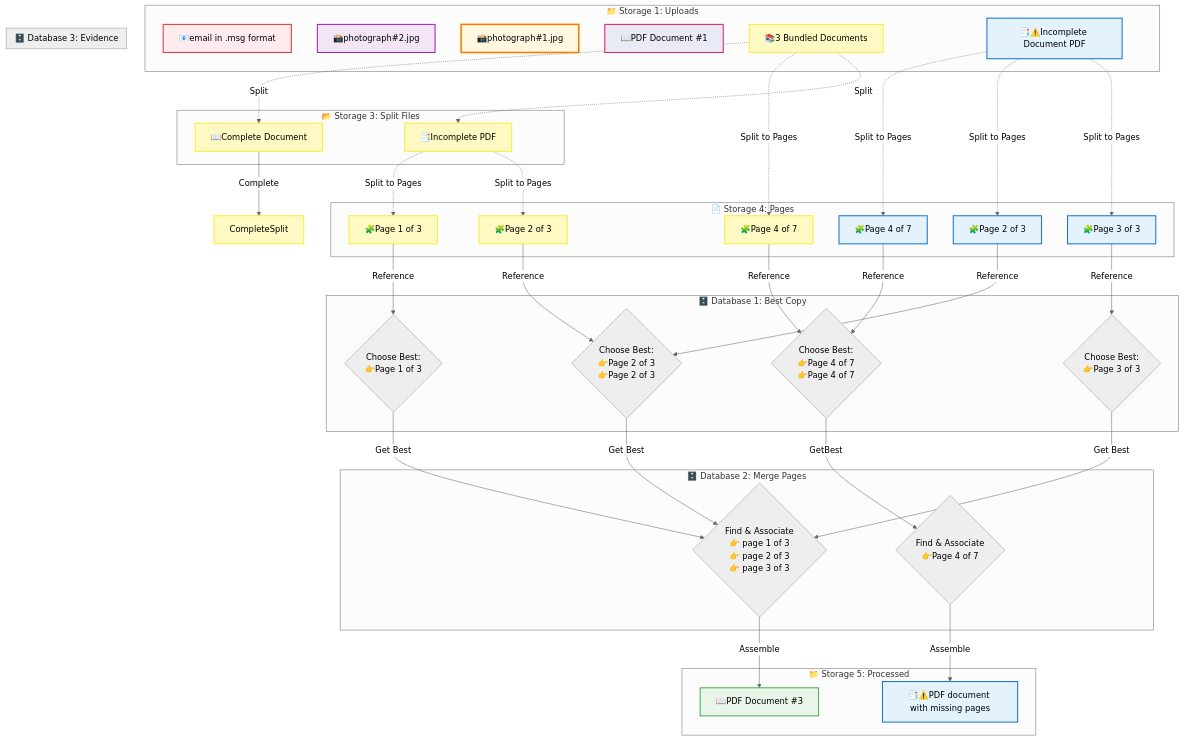
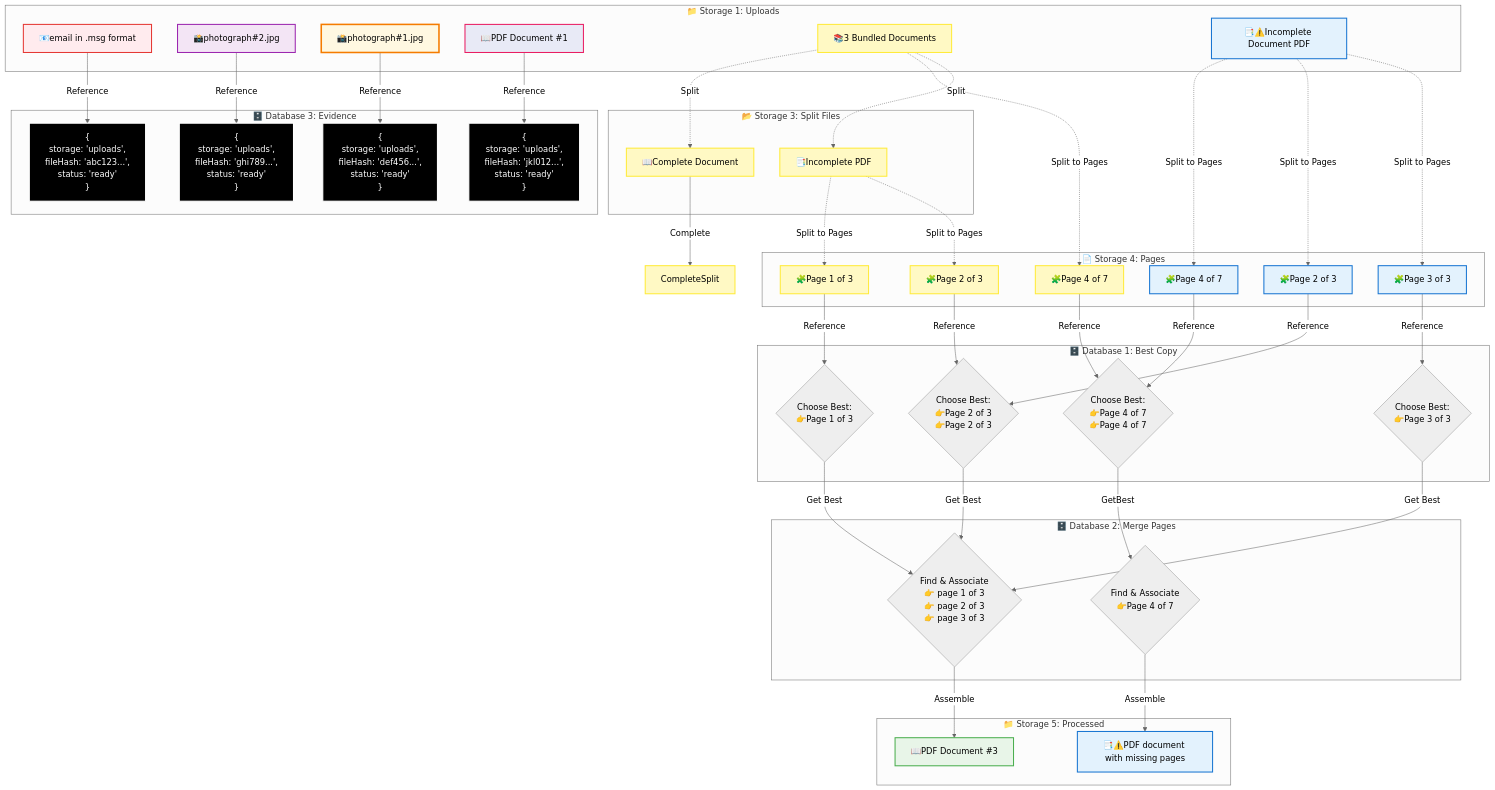
One commit to Mharbulous/Bookkeeper changed the diagram in docs/Document-Processing-Workflow.md. Above: the diagram before and after it, drawn with Mermaid (neutral theme).

Commit message:
Added Json format information into diagram

````diff
--- a/docs/Document-Processing-Workflow.md
+++ b/docs/Document-Processing-Workflow.md
@@ -50,7 +50,10 @@
     end
 
     subgraph DB3 ["🗄️ Database 3: Evidence"]
-
+        EmailRef["{<br/>  storage: 'uploads',<br/>  fileHash: 'abc123...',<br/>  status: 'ready'<br/>}"]
+        Photo1Ref["{<br/>  storage: 'uploads',<br/>  fileHash: 'def456...',<br/>  status: 'ready'<br/>}"]
+        Photo2Ref["{<br/>  storage: 'uploads',<br/>  fileHash: 'ghi789...',<br/>  status: 'ready'<br/>}"]
+        PdfRef["{<br/>  storage: 'uploads',<br/>  fileHash: 'jkl012...',<br/>  status: 'ready'<br/>}"]
     end
 
     subgraph DB1 ["🗄️ Database 1: Best Copy"]
@@ -60,8 +63,11 @@
         ChooseBestCopy{"Choose Best:<br/>👉Page 4 of 7<br/>👉Page 4 of 7"}
     end
 
-    %% Flow from Storage 1 to Storage 5 (Direct Processing)
-
+    %% Flow from Storage 1 to Database 3 (Evidence Pointers)
+    SingleUpload -->|Reference| EmailRef
+    PhotoOfDoc -->|Reference| Photo1Ref
+    OnePageUpload -->|Reference| Photo2Ref
+    PdfUpload -->|Reference| PdfRef
 
     Bundle -.->|Split| DocA
     Bundle -.->|Split to Pages| OnePage_split
@@ -113,6 +119,7 @@
     classDef duplicateNode fill:#fff3e0,stroke:#ff9800,stroke-width:2px,color:#000000
     classDef photoTwoFamily fill:#fff8e1,stroke:#f57c00,stroke-width:3px,color:#000000
     classDef pdfDocFamily fill:#e8eaf6,stroke:#e91e63,stroke-width:2px,color:#000000
+    classDef databaseObject fill:#000000,stroke:#ffffff,stroke-width:2px,color:#ffffff
 
     %% Single Complete Document Family (Light Red)
     class Single singleDocFamily
@@ -141,5 +148,8 @@
 
     %% Photo Document #1 Family (Light Amber)
     class PhotoOfDoc photoTwoFamily
+    
+    %% Evidence Reference Nodes (Database Objects)
+    class EmailRef,Photo1Ref,Photo2Ref,PdfRef databaseObject
 
 ```
````
